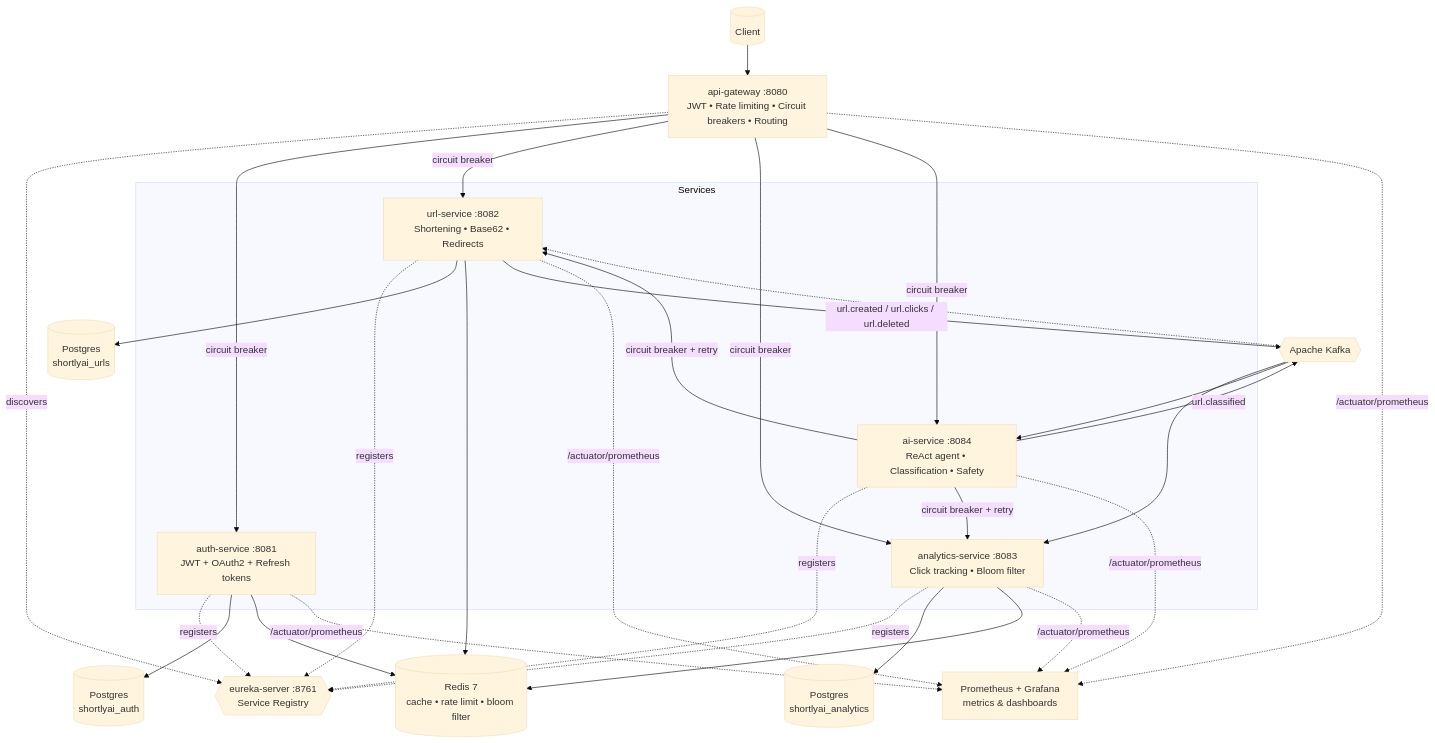
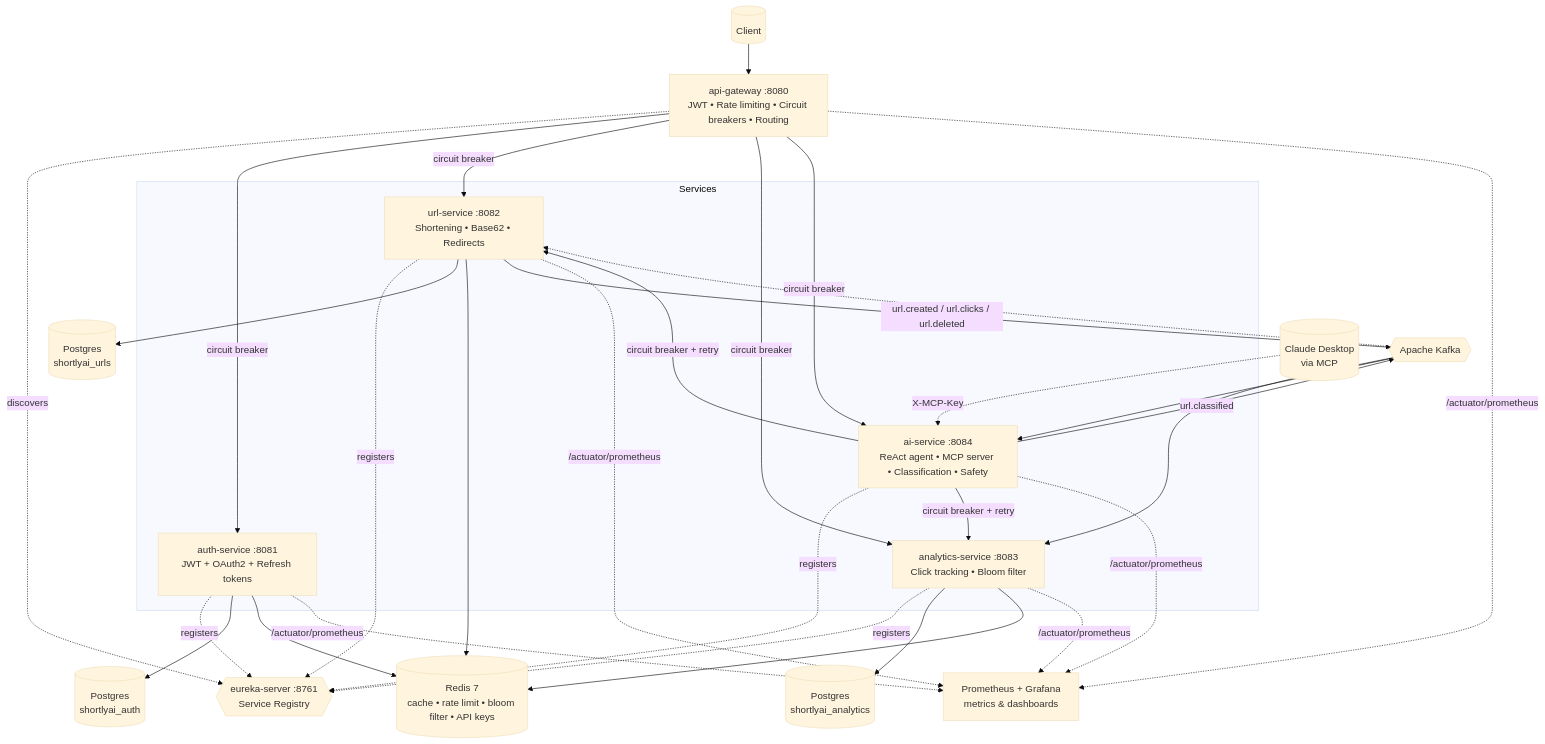
One commit to SNagarjuna07/shortlyai changed the diagram in README.md. Above: the diagram before and after it, drawn with Mermaid (base theme). The commit also changed other lines of this file, not shown here.

Commit message:
Update README with MCP server and feature enhancements

````diff
--- a/README.md
+++ b/README.md
@@ -59,56 +109,58 @@
 ```mermaid
 graph TB
     Client[("Client")]
     Eureka{{"eureka-server :8761<br/>Service Registry"}}
     Gateway["api-gateway :8080<br/>JWT • Rate limiting • Circuit breakers • Routing"]
 
     subgraph Services
         Auth["auth-service :8081<br/>JWT + OAuth2 + Refresh tokens"]
         Url["url-service :8082<br/>Shortening • Base62 • Redirects"]
         Analytics["analytics-service :8083<br/>Click tracking • Bloom filter"]
-        AI["ai-service :8084<br/>ReAct agent • Classification • Safety"]
+        AI["ai-service :8084<br/>ReAct agent • MCP server • Classification • Safety"]
     end
 
     PG1[("Postgres<br/>shortlyai_auth")]
     PG2[("Postgres<br/>shortlyai_urls")]
     PG3[("Postgres<br/>shortlyai_analytics")]
-    RedisDB[("Redis 7<br/>cache • rate limit • bloom filter")]
+    RedisDB[("Redis 7<br/>cache • rate limit • bloom filter • API keys")]
     Kafka{{"Apache Kafka"}}
     Obs["Prometheus + Grafana<br/>metrics & dashboards"]
+    MCP[("Claude Desktop<br/>via MCP")]
 
     Client --> Gateway
+    MCP -. "X-MCP-Key" .-> AI
 
     Gateway -. discovers .-> Eureka
     Auth -. registers .-> Eureka
     Url -. registers .-> Eureka
     Analytics -. registers .-> Eureka
     AI -. registers .-> Eureka
 
     Gateway -- "circuit breaker" --> Auth
     Gateway -- "circuit breaker" --> Url
     Gateway -- "circuit breaker" --> Analytics
     Gateway -- "circuit breaker" --> AI
 
     Auth --> PG1
     Auth --> RedisDB
 
     Url --> PG2
     Url --> RedisDB
     Url -- "url.created / url.clicks / url.deleted" --> Kafka
 
     Kafka --> Analytics
     Analytics --> PG3
     Analytics --> RedisDB
 
     Kafka --> AI
     AI -- "url.classified" --> Kafka
     Kafka -.-> Url
     AI -- "circuit breaker + retry" --> Url
     AI -- "circuit breaker + retry" --> Analytics
 
     Auth -.->|/actuator/prometheus| Obs
     Url -.->|/actuator/prometheus| Obs
     Analytics -.->|/actuator/prometheus| Obs
     AI -.->|/actuator/prometheus| Obs
     Gateway -.->|/actuator/prometheus| Obs
 ```
````
